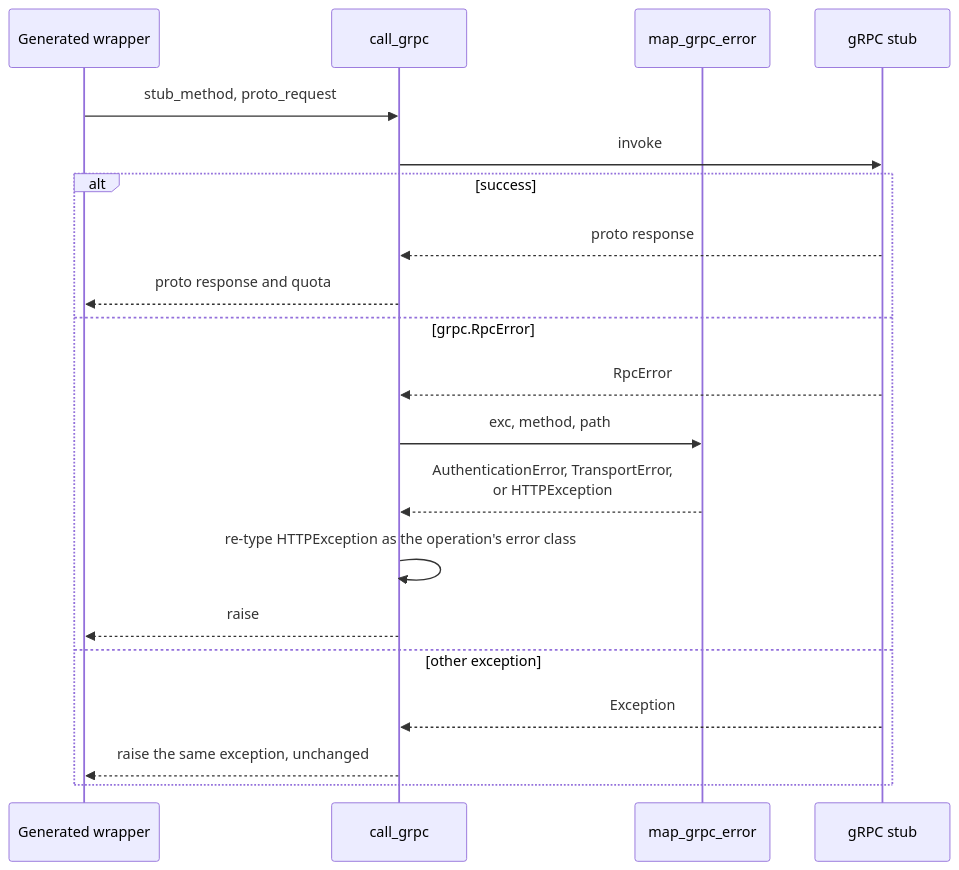
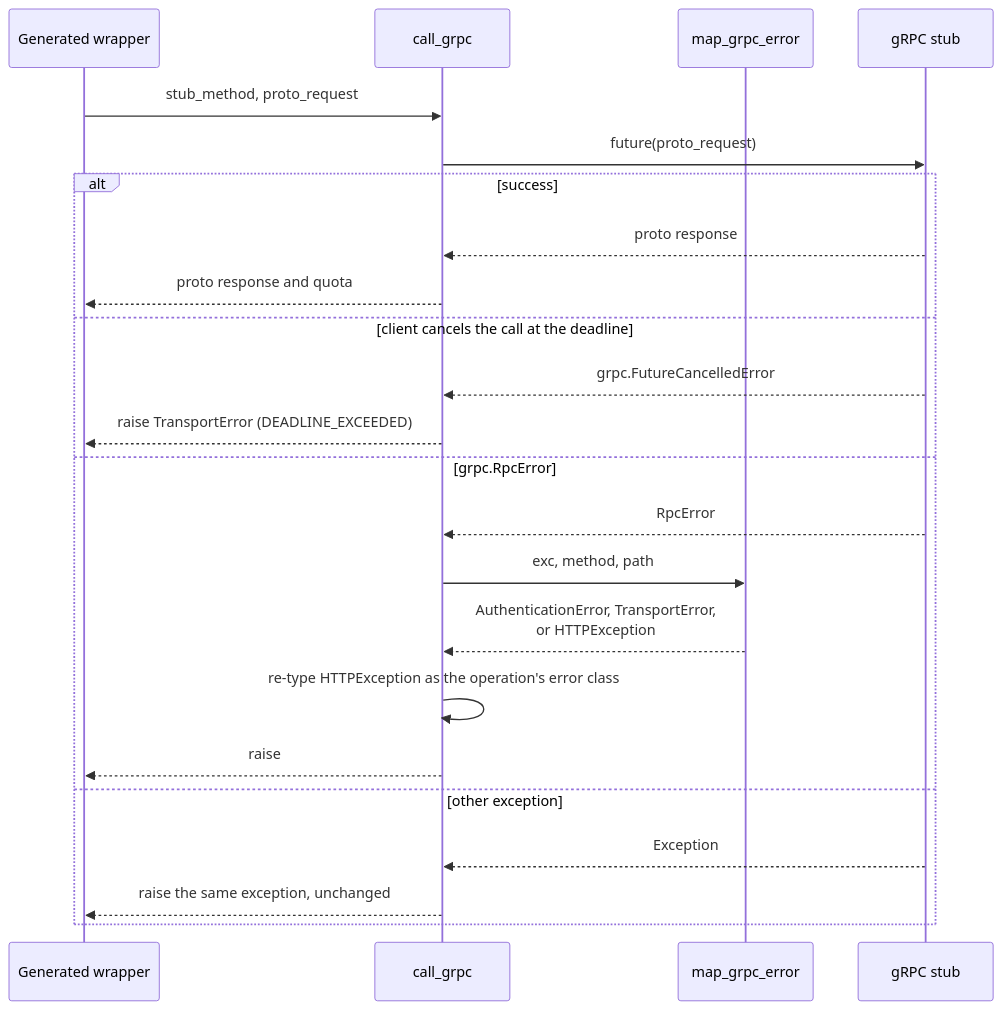
Before and after one commit to alexdearaujo/community_sdk_python: the second of 2 diagrams in src/kentik_api/core/README.md, drawn with Mermaid. The commit also changed other lines of this file and 129 other files, not shown here.

````diff
--- a/src/kentik_api/core/README.md
+++ b/src/kentik_api/core/README.md
@@ -66,22 +87,26 @@
 ```mermaid
+%%{init: {"fontFamily": "ui-monospace, SFMono-Regular, Menlo, monospace", "flowchart": {"curve": "step", "nodeSpacing": 30, "rankSpacing": 70, "wrappingWidth": 400}}}%%
 sequenceDiagram
     participant W as Generated wrapper
     participant CG as call_grpc
     participant MG as map_grpc_error
     participant S as gRPC stub
     W->>CG: stub_method, proto_request
-    CG->>S: invoke
+    CG->>S: future(proto_request)
     alt success
         S-->>CG: proto response
         CG-->>W: proto response and quota
+    else client cancels the call at the deadline
+        S-->>CG: grpc.FutureCancelledError
+        CG-->>W: raise TransportError (DEADLINE_EXCEEDED)
     else grpc.RpcError
         S-->>CG: RpcError
         CG->>MG: exc, method, path
         MG-->>CG: AuthenticationError, TransportError,<br/>or HTTPException
         CG->>CG: re-type HTTPException as the operation's error class
         CG-->>W: raise
     else other exception
         S-->>CG: Exception
         CG-->>W: raise the same exception, unchanged
     end
 ```
````
